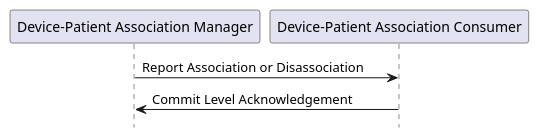
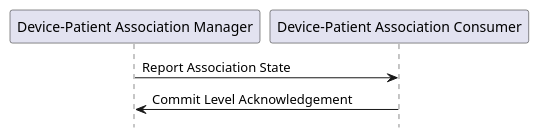
Before and after one commit to IHE/DEV.PCIM: the second of 3 diagrams in CPs/IHE_DEV_Suppl_PCIM_Foundational CP applied.adoc, drawn with PlantUML. The commit also changed other lines of this file and 1 other file, not shown here.

```diff
--- a/CPs/IHE_DEV_Suppl_PCIM_Foundational CP applied.adoc
+++ b/CPs/IHE_DEV_Suppl_PCIM_Foundational CP applied.adoc
@@ -612,10 +612,10 @@
 [plantuml, asciidoc-plant-uml-manager-consumer-report-interaction-diagram, svg]
 ....
 @startuml
 hide footbox
 participant "Device-Patient Association Manager"  as manager
 participant "Device-Patient Association Consumer" as consumer  
-manager -> consumer : Report Association or Disassociation
+manager -> consumer : Report Association State
 consumer -> manager : Commit Level Acknowledgement
 @enduml
 ....
```
